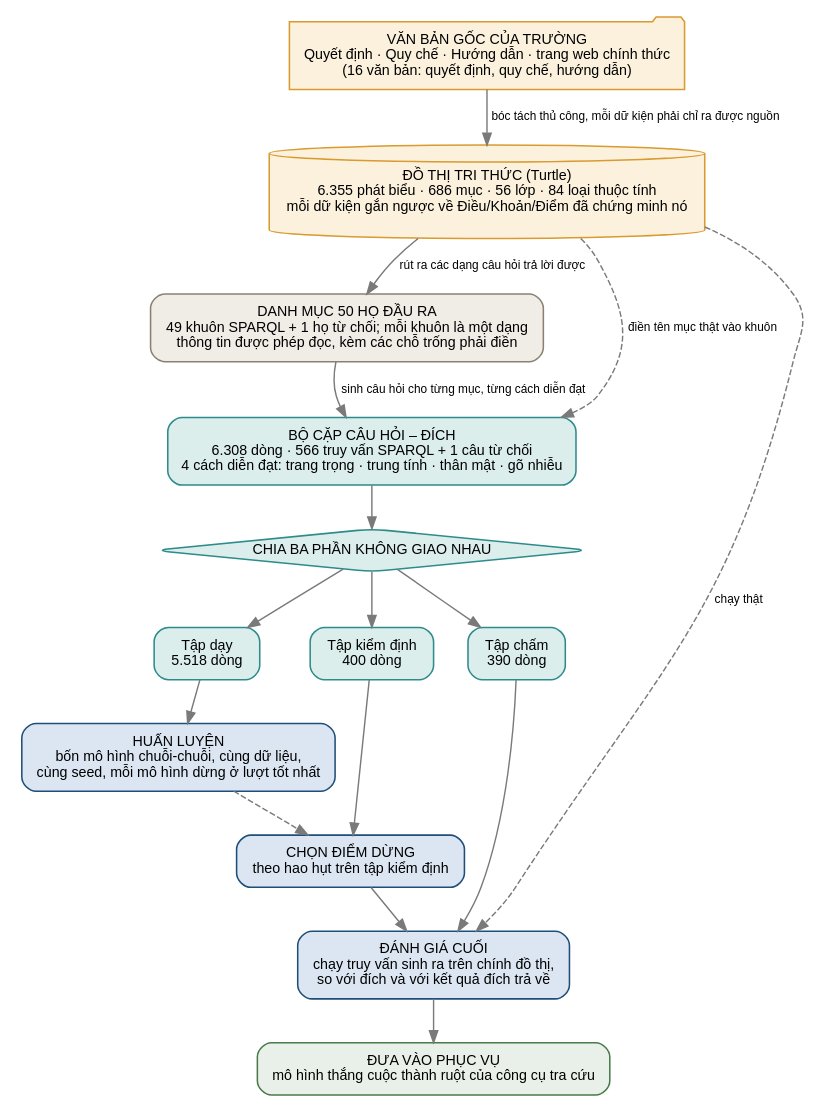
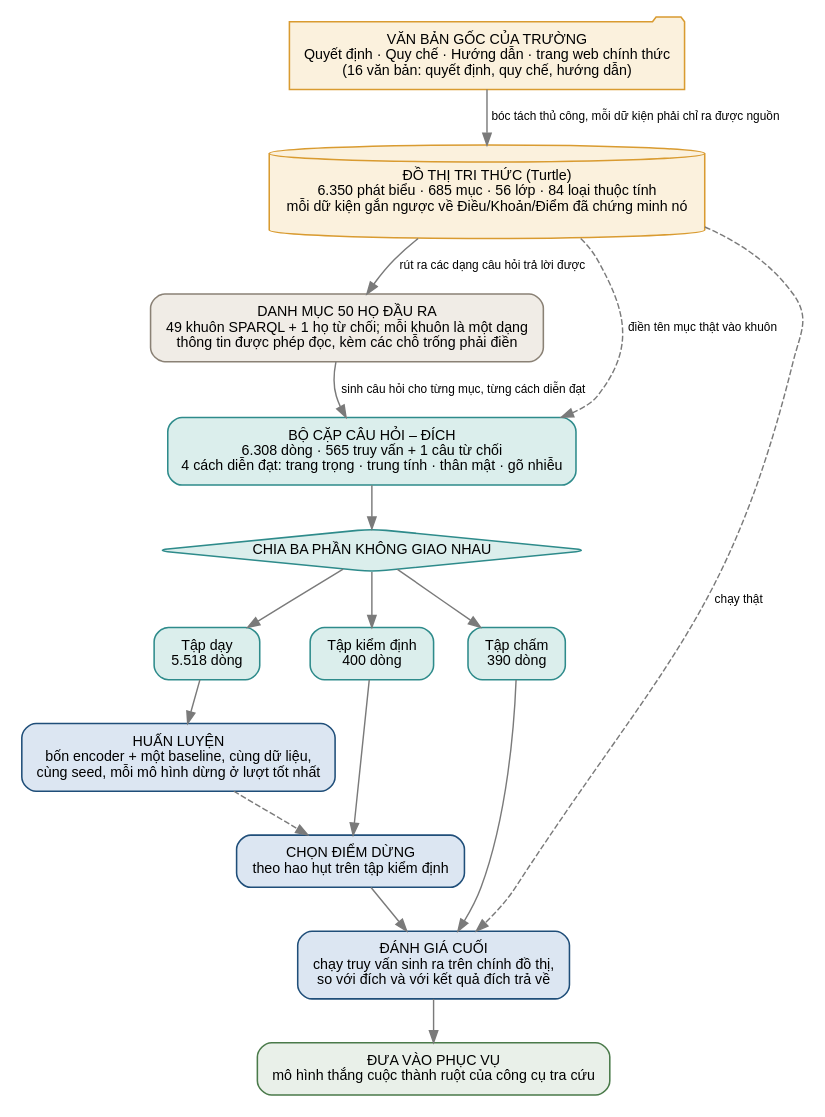
Before and after one commit to vpthinh19/ontology-chatbot: the diagram in artifacts/figures/data-flow.dot, drawn with Graphviz. The commit also changed 152 other files, not shown here.

```diff
--- a/artifacts/figures/data-flow.dot
+++ b/artifacts/figures/data-flow.dot
@@ -1,46 +1,46 @@
 digraph luong_du_lieu {
   pad=0.15;
   rankdir=TB; bgcolor="white"; nodesep=0.4; ranksep=0.5;
   node [shape=box, style="rounded,filled", fontname="Liberation Sans", fontsize=12,
         penwidth=1.3, margin="0.20,0.12"];
   edge [fontname="Liberation Sans", fontsize=10, color="#7a7a7a", penwidth=1.2];
 
   vb [label="VĂN BẢN GỐC CỦA TRƯỜNG\nQuyết định · Quy chế · Hướng dẫn · trang web chính thức\n(16 văn bản: quyết định, quy chế, hướng dẫn)",
       shape=folder, style=filled, fillcolor="#fbf1dd", color="#d99b30"];
 
-  onto [label="ĐỒ THỊ TRI THỨC (Turtle)\n6.355 phát biểu · 686 mục · 56 lớp · 84 loại thuộc tính\nmỗi dữ kiện gắn ngược về Điều/Khoản/Điểm đã chứng minh nó",
+  onto [label="ĐỒ THỊ TRI THỨC (Turtle)\n6.350 phát biểu · 685 mục · 56 lớp · 84 loại thuộc tính\nmỗi dữ kiện gắn ngược về Điều/Khoản/Điểm đã chứng minh nó",
         shape=cylinder, style=filled, fillcolor="#fbf1dd", color="#d99b30"];
 
   dm [label="DANH MỤC 50 HỌ ĐẦU RA\n49 khuôn SPARQL + 1 họ từ chối; mỗi khuôn là một dạng\nthông tin được phép đọc, kèm các chỗ trống phải điền",
       fillcolor="#f0ece6", color="#8a8175"];
 
-  cap [label="BỘ CẶP CÂU HỎI – ĐÍCH\n6.308 dòng · 566 truy vấn SPARQL + 1 câu từ chối\n4 cách diễn đạt: trang trọng · trung tính · thân mật · gõ nhiễu",
+  cap [label="BỘ CẶP CÂU HỎI – ĐÍCH\n6.308 dòng · 565 truy vấn + 1 câu từ chối\n4 cách diễn đạt: trang trọng · trung tính · thân mật · gõ nhiễu",
        fillcolor="#dbeeec", color="#2e8b8b"];
 
   chia [label="CHIA BA PHẦN KHÔNG GIAO NHAU", shape=diamond, fillcolor="#dbeeec",
         color="#2e8b8b", margin="0.12,0.04"];
   day  [label="Tập dạy\n5.518 dòng", fillcolor="#dbeeec", color="#2e8b8b"];
   kd   [label="Tập kiểm định\n400 dòng", fillcolor="#dbeeec", color="#2e8b8b"];
   cham [label="Tập chấm\n390 dòng", fillcolor="#dbeeec", color="#2e8b8b"];
 
-  train [label="HUẤN LUYỆN\nbốn mô hình chuỗi-chuỗi, cùng dữ liệu,\ncùng seed, mỗi mô hình dừng ở lượt tốt nhất", fillcolor="#dce6f2", color="#1f4e79"];
+  train [label="HUẤN LUYỆN\nbốn encoder + một baseline, cùng dữ liệu,\ncùng seed, mỗi mô hình dừng ở lượt tốt nhất", fillcolor="#dce6f2", color="#1f4e79"];
   chon  [label="CHỌN ĐIỂM DỪNG\ntheo hao hụt trên tập kiểm định", fillcolor="#dce6f2", color="#1f4e79"];
   danh  [label="ĐÁNH GIÁ CUỐI\nchạy truy vấn sinh ra trên chính đồ thị,\nso với đích và với kết quả đích trả về", fillcolor="#dce6f2", color="#1f4e79"];
   phuc  [label="ĐƯA VÀO PHỤC VỤ\nmô hình thắng cuộc thành ruột của công cụ tra cứu",
          fillcolor="#e9f0e9", color="#4a7a4a"];
 
   vb -> onto [label="  bóc tách thủ công, mỗi dữ kiện phải chỉ ra được nguồn  "];
   onto -> dm [label="  rút ra các dạng câu hỏi trả lời được  "];
   dm -> cap  [label="  sinh câu hỏi cho từng mục, từng cách diễn đạt  "];
   onto -> cap [label="  điền tên mục thật vào khuôn  ", style=dashed];
   cap -> chia;
   chia -> day; chia -> kd; chia -> cham;
   day -> train;
   kd -> chon;
   train -> chon [style=dashed];
   chon -> danh;
   cham -> danh;
   onto -> danh [label="  chạy thật  ", style=dashed, constraint=false];
   danh -> phuc;
   { rank=same; day; kd; cham; }
 }
```
